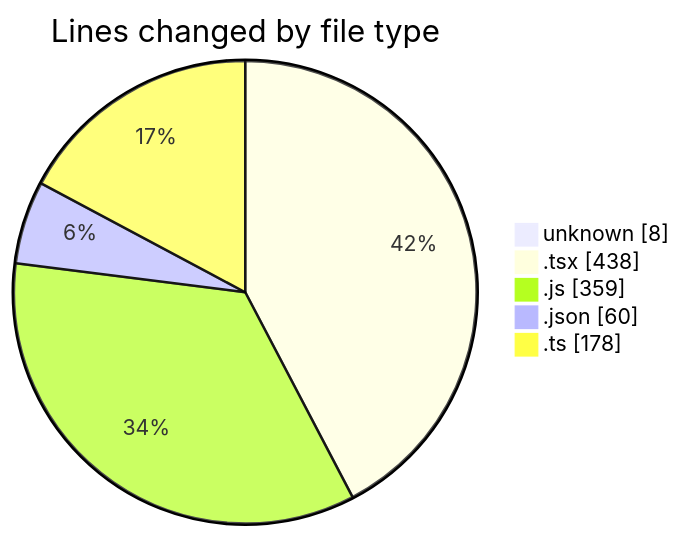
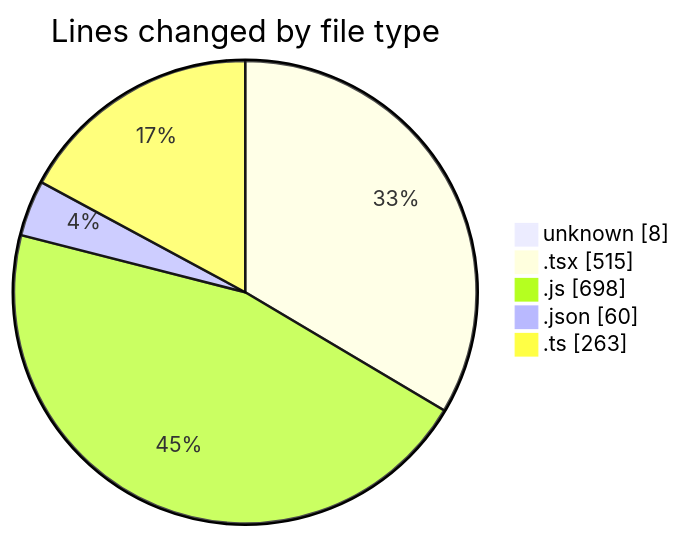
One commit to lephambinh05/code-tracking changed the first of 2 diagrams in 2025-08-07/napxuvn/README.md. Above: the diagram before and after it, drawn with Mermaid. The commit also changed other lines of this file and 1 other file, not shown here.

````diff
--- a/2025-08-07/napxuvn/README.md
+++ b/2025-08-07/napxuvn/README.md
@@ -31,9 +35,9 @@
 ```mermaid
 pie showData
 title Lines changed by file type
 "unknown" : 8
-".tsx" : 438
-".js" : 359
+".tsx" : 515
+".js" : 698
 ".json" : 60
-".ts" : 178
+".ts" : 263
 ```
````
